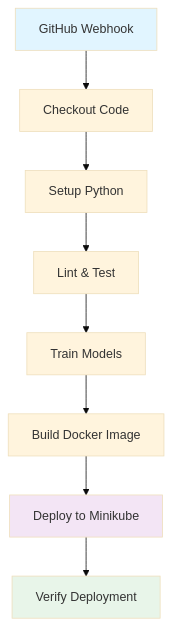
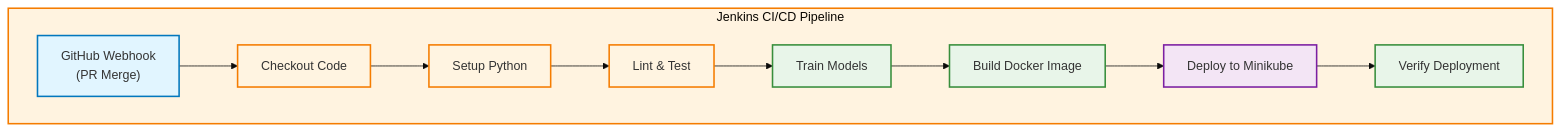
One commit to 2024aa05820/heart-disease-mlops changed the fifth of 9 diagrams in README.md. Above: the diagram before and after it, drawn with Mermaid (base theme). The commit also changed other lines of this file and 1 other file, not shown here.

First line of the commit message:
Update Mermaid diagrams to top-to-bottom with color styling and configure Jenkins for PR merge

````diff
--- a/README.md
+++ b/README.md
@@ -306,14 +325,22 @@
 ```mermaid
 graph TB
-    A[GitHub Webhook] --> B[Checkout Code]
-    B --> C[Setup Python]
-    C --> D[Lint & Test]
-    D --> E[Train Models]
-    E --> F[Build Docker Image]
-    F --> G[Deploy to Minikube]
-    G --> H[Verify Deployment]
+    subgraph JEN_PIPELINE["Jenkins CI/CD Pipeline"]
+        A["GitHub Webhook<br/>(PR Merge)"] --> B["Checkout Code"]
+        B --> C["Setup Python"]
+        C --> D["Lint & Test"]
+        D --> E["Train Models"]
+        E --> F["Build Docker Image"]
+        F --> G["Deploy to Minikube"]
+        G --> H["Verify Deployment"]
+    end
     
-    style A fill:#e1f5ff
-    style G fill:#f3e5f5
-    style H fill:#e8f5e9
+    style JEN_PIPELINE fill:#fff3e0,stroke:#f57c00,stroke-width:2px
+    style A fill:#e1f5ff,stroke:#0277bd,stroke-width:2px
+    style B fill:#fff4e1,stroke:#f57c00,stroke-width:2px
+    style C fill:#fff4e1,stroke:#f57c00,stroke-width:2px
+    style D fill:#fff4e1,stroke:#f57c00,stroke-width:2px
+    style E fill:#e8f5e9,stroke:#388e3c,stroke-width:2px
+    style F fill:#e8f5e9,stroke:#388e3c,stroke-width:2px
+    style G fill:#f3e5f5,stroke:#7b1fa2,stroke-width:2px
+    style H fill:#e8f5e9,stroke:#388e3c,stroke-width:2px
 ```
````
